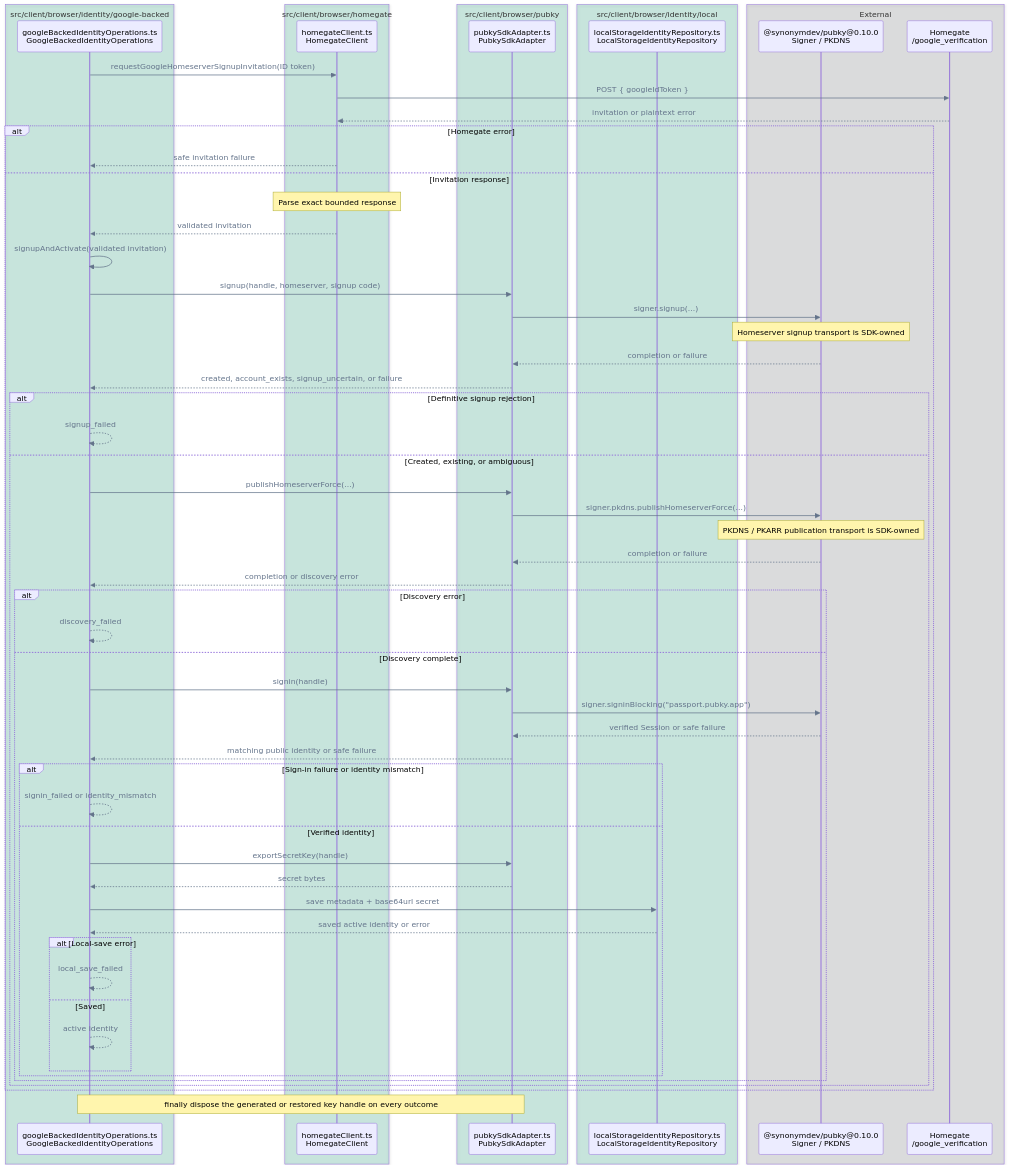
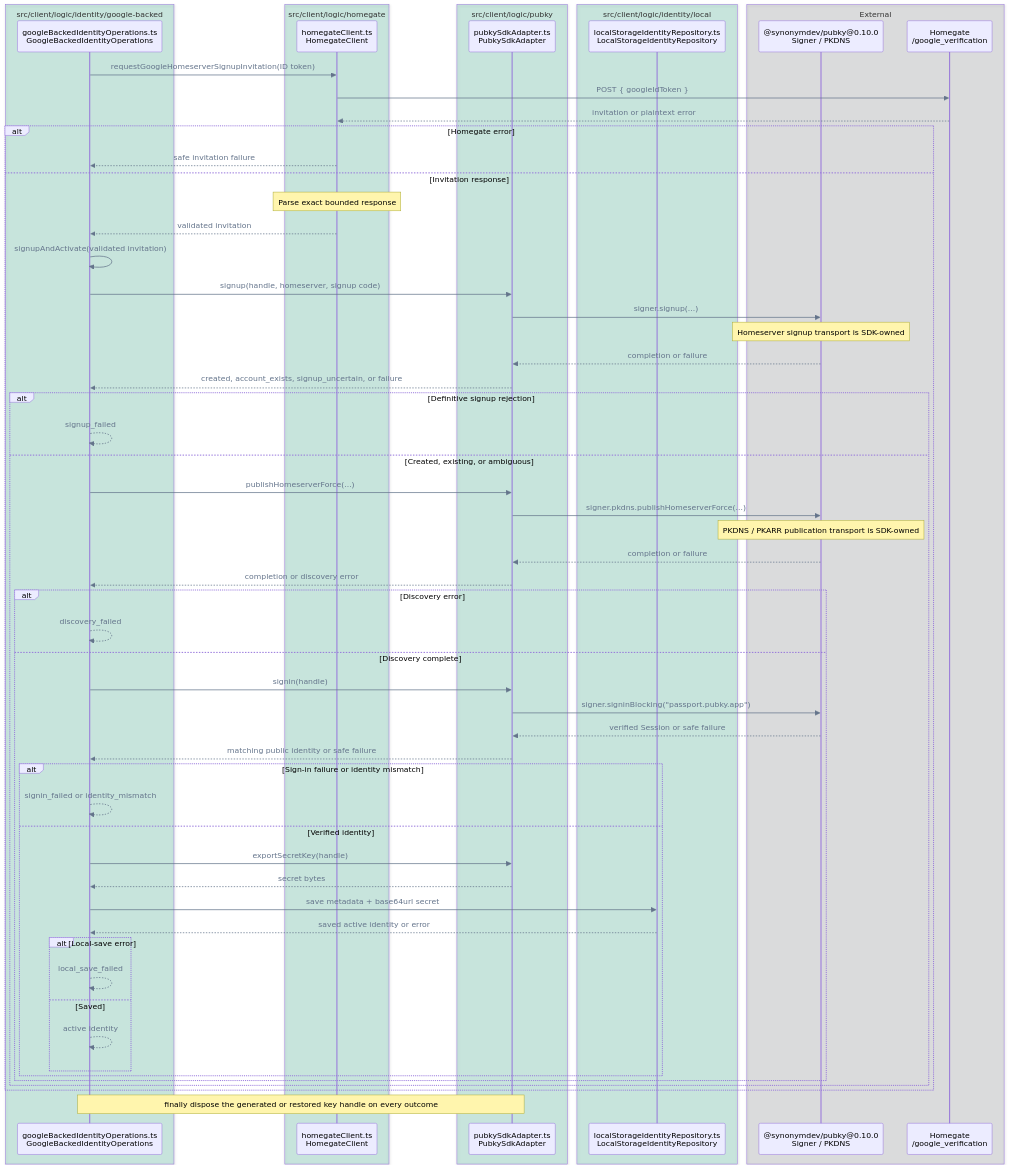
Diagram 11 of 14 in FLOWS.md (pubky/pubky-passport), drawn with Mermaid before and after one commit. The commit also changed other lines of this file and 51 other files, not shown here.

````diff
--- a/FLOWS.md
+++ b/FLOWS.md
@@ -536,69 +536,69 @@
 ```mermaid
 %%{init: {"themeVariables": {"signalColor": "#64748B", "signalTextColor": "#64748B"}}}%%
 sequenceDiagram
     accTitle: Missing identity activation and local save call flow
     accDescr: GoogleBackedIdentityOperations requests a homeserver signup invitation, then uses its shared signup-and-activation method for both fresh creation and interrupted setup recovery.
-    box rgba(0, 158, 115, 0.18) src/client/browser/identity/google-backed
+    box rgba(0, 158, 115, 0.18) src/client/logic/identity/google-backed
         participant Operations as googleBackedIdentityOperations.ts<br/>GoogleBackedIdentityOperations
     end
-    box rgba(0, 158, 115, 0.18) src/client/browser/homegate
+    box rgba(0, 158, 115, 0.18) src/client/logic/homegate
         participant Invite as homegateClient.ts<br/>HomegateClient
     end
-    box rgba(0, 158, 115, 0.18) src/client/browser/pubky
+    box rgba(0, 158, 115, 0.18) src/client/logic/pubky
         participant Pubky as pubkySdkAdapter.ts<br/>PubkySdkAdapter
     end
-    box rgba(0, 158, 115, 0.18) src/client/browser/identity/local
+    box rgba(0, 158, 115, 0.18) src/client/logic/identity/local
         participant Repo as localStorageIdentityRepository.ts<br/>LocalStorageIdentityRepository
     end
     box rgba(17, 24, 39, 0.12) External
         participant SDK as @synonymdev/pubky@0.10.0<br/>Signer / PKDNS
         participant Homegate as Homegate<br/>/google_verification
     end
 
     Operations->>Invite: requestGoogleHomeserverSignupInvitation(ID token)
     Invite->>Homegate: POST { googleIdToken }
     Homegate-->>Invite: invitation or plaintext error
     alt Homegate error
         Invite-->>Operations: safe invitation failure
     else Invitation response
         Note over Invite: Parse exact bounded response
         Invite-->>Operations: validated invitation
         Operations->>Operations: signupAndActivate(validated invitation)
         Operations->>Pubky: signup(handle, homeserver, signup code)
         Pubky->>SDK: signer.signup(...)
         Note over SDK: Homeserver signup transport is SDK-owned
         SDK-->>Pubky: completion or failure
         Pubky-->>Operations: created, account_exists, signup_uncertain, or failure
         alt Definitive signup rejection
             Operations-->>Operations: signup_failed
         else Created, existing, or ambiguous
             Operations->>Pubky: publishHomeserverForce(...)
             Pubky->>SDK: signer.pkdns.publishHomeserverForce(...)
             Note over SDK: PKDNS / PKARR publication transport is SDK-owned
             SDK-->>Pubky: completion or failure
             Pubky-->>Operations: completion or discovery error
             alt Discovery error
                 Operations-->>Operations: discovery_failed
             else Discovery complete
                 Operations->>Pubky: signin(handle)
                 Pubky->>SDK: signer.signinBlocking("passport.pubky.app")
                 SDK-->>Pubky: verified Session or safe failure
                 Pubky-->>Operations: matching public identity or safe failure
                 alt Sign-in failure or identity mismatch
                     Operations-->>Operations: signin_failed or identity_mismatch
                 else Verified identity
                     Operations->>Pubky: exportSecretKey(handle)
                     Pubky-->>Operations: secret bytes
                     Operations->>Repo: save metadata + base64url secret
                     Repo-->>Operations: saved active identity or error
                     alt Local-save error
                         Operations-->>Operations: local_save_failed
                     else Saved
                         Operations-->>Operations: active identity
                     end
                 end
             end
         end
     end
     Note over Operations,Pubky: finally dispose the generated or restored key handle on every outcome
 ```
````
